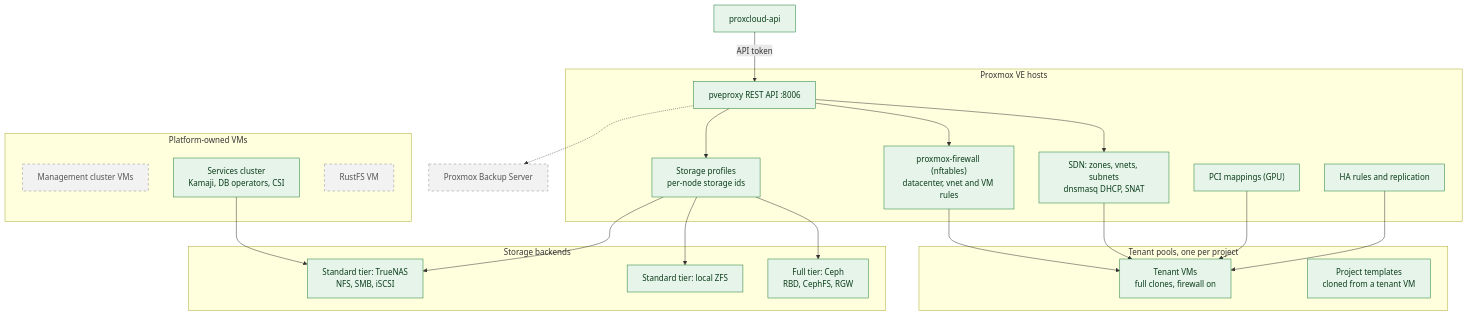
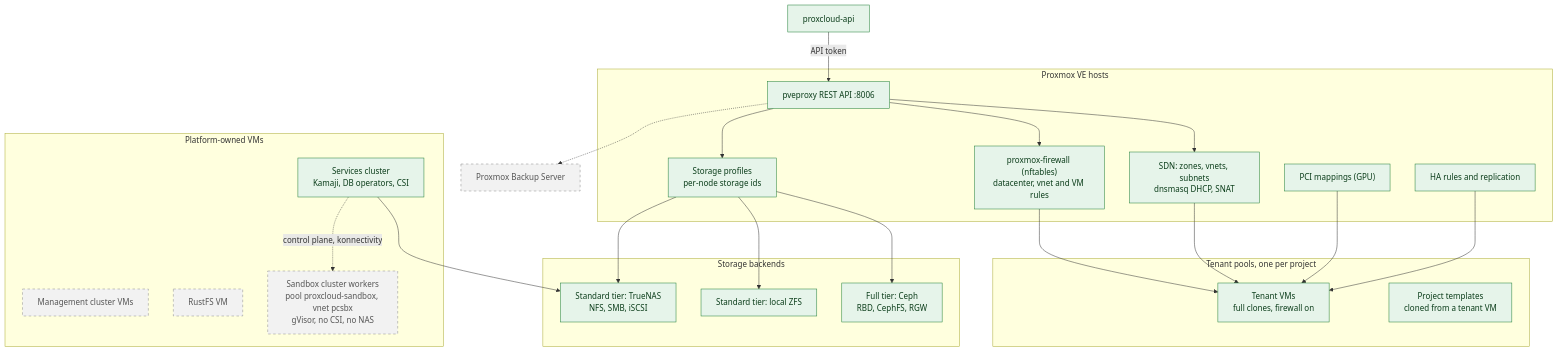
Before and after one commit to mutex-solutions/proxcloud: the second of 3 diagrams in docs/architecture/c4/c2-containers.md, drawn with Mermaid. The commit also changed other lines of this file and 3 other files, not shown here.

First line of the commit message:
docs(sandbox): record the SB0 gVisor cluster spike

````diff
--- a/docs/architecture/c4/c2-containers.md
+++ b/docs/architecture/c4/c2-containers.md
@@ -76,49 +76,51 @@
 ```mermaid
 flowchart TB
   classDef impl fill:#e6f4ea,stroke:#1e7e34,color:#0b3d1a
   classDef planned fill:#f2f2f2,stroke:#8a8a8a,stroke-dasharray:5 5,color:#555555
 
   api["proxcloud-api"]:::impl
 
   subgraph host["Proxmox VE hosts"]
     papi["pveproxy REST API :8006"]:::impl
     sdn["SDN: zones, vnets, subnets<br/>dnsmasq DHCP, SNAT"]:::impl
     fw["proxmox-firewall (nftables)<br/>datacenter, vnet and VM rules"]:::impl
     sto["Storage profiles<br/>per-node storage ids"]:::impl
     pci["PCI mappings (GPU)"]:::impl
     ha["HA rules and replication"]:::impl
   end
 
   subgraph tenantzone["Tenant pools, one per project"]
     vm["Tenant VMs<br/>full clones, firewall on"]:::impl
     tpl["Project templates<br/>cloned from a tenant VM"]:::impl
   end
 
   subgraph sys["Platform-owned VMs"]
     mgmtvm["Management cluster VMs"]:::planned
     svc["Services cluster<br/>Kamaji, DB operators, CSI"]:::impl
     rfsvm["RustFS VM"]:::planned
+    sbx["Sandbox cluster workers<br/>pool proxcloud-sandbox, vnet pcsbx<br/>gVisor, no CSI, no NAS"]:::planned
   end
 
   subgraph tiers["Storage backends"]
     ceph["Full tier: Ceph<br/>RBD, CephFS, RGW"]:::impl
     zfs["Standard tier: local ZFS"]:::impl
     nas["Standard tier: TrueNAS<br/>NFS, SMB, iSCSI"]:::impl
   end
 
   pbs["Proxmox Backup Server"]:::planned
 
   api -->|"API token"| papi
   papi --> sdn
   papi --> fw
   papi --> sto
   sdn --> vm
   fw --> vm
   pci --> vm
   sto --> ceph
   sto --> zfs
   sto --> nas
   ha --> vm
   svc --> nas
+  svc -.->|"control plane, konnectivity"| sbx
   papi -.-> pbs
 ```
````
